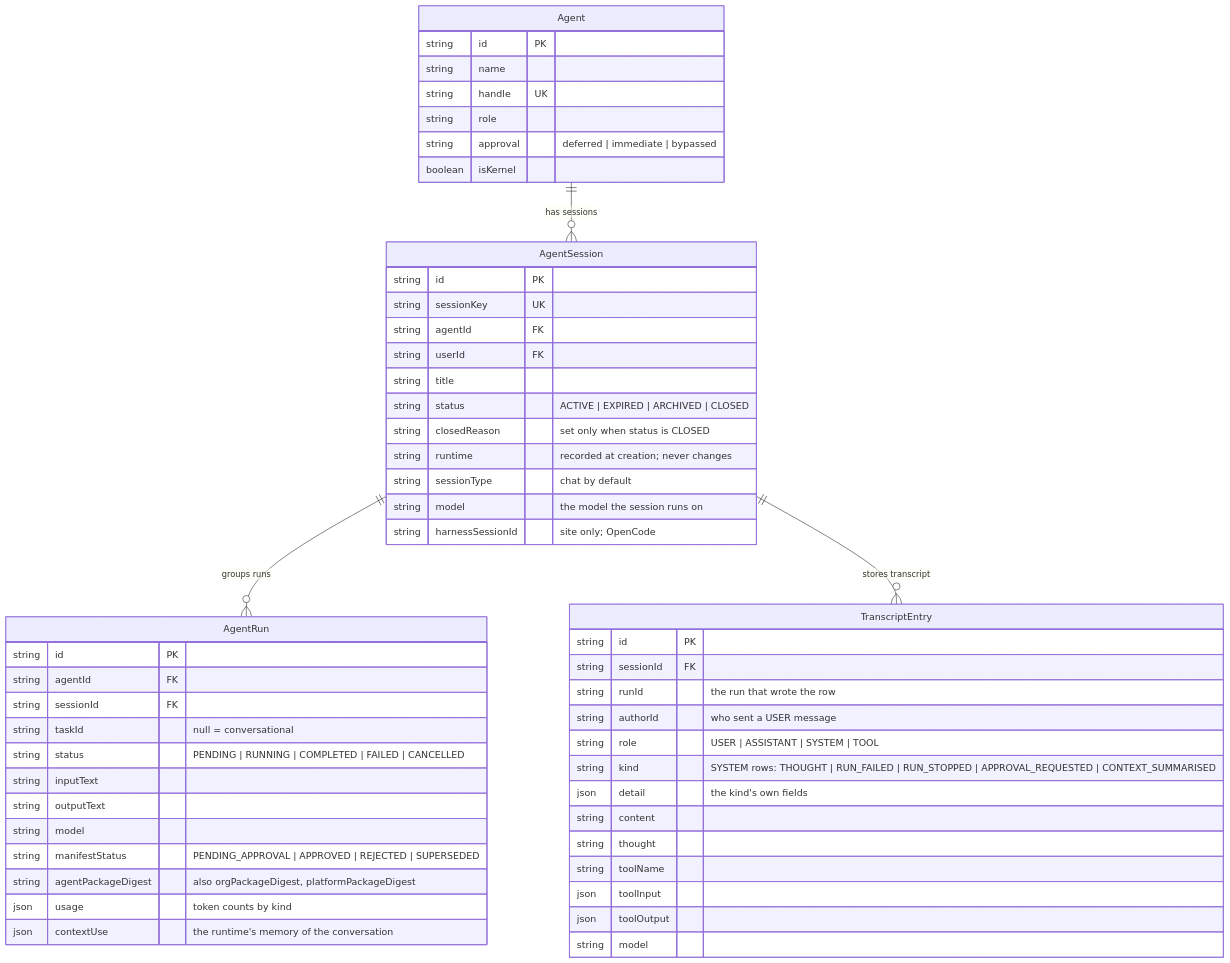
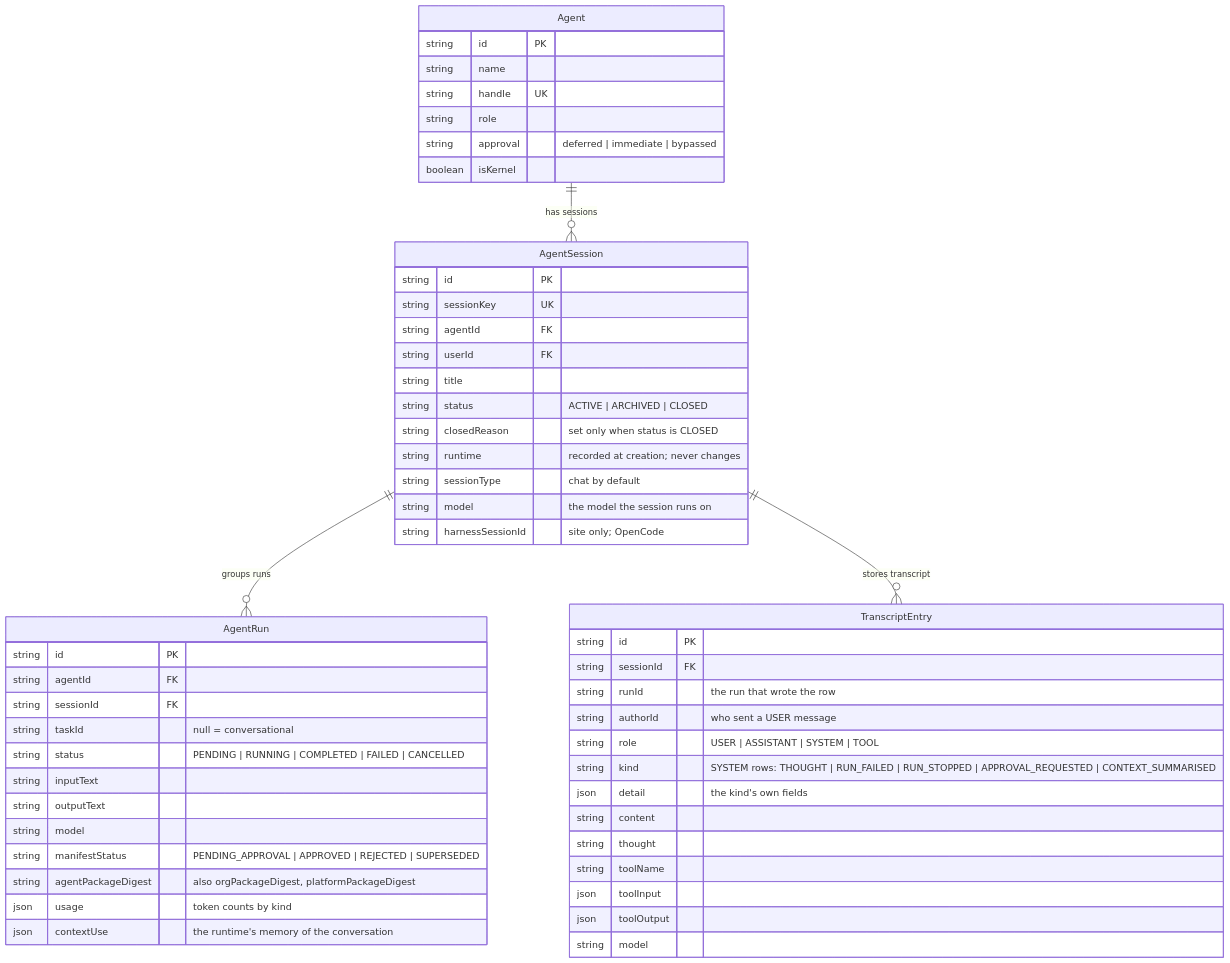
One commit to solution84-com/agenthix changed the diagram in docs/concepts/agents/agent-data-model.md. Above: the diagram before and after it, drawn with Mermaid. The commit also changed other lines of this file and 33 other files, not shown here.

Commit message:
docs: every migration keeps the data from the squash on, and the protocols start at 1.0 — AGENTS.md, the migrations skill, versioning, deployment, the architecture documents and the QA scenarios; ADR-0136 notes the second restart

````diff
--- a/docs/concepts/agents/agent-data-model.md
+++ b/docs/concepts/agents/agent-data-model.md
@@ -9,60 +9,60 @@
 ```mermaid
 erDiagram
     Agent {
         string id PK
         string name
         string handle UK
         string role
         string approval "deferred | immediate | bypassed"
         boolean isKernel
     }
 
     AgentSession {
         string id PK
         string sessionKey UK
         string agentId FK
         string userId FK
         string title
-        string status "ACTIVE | EXPIRED | ARCHIVED | CLOSED"
+        string status "ACTIVE | ARCHIVED | CLOSED"
         string closedReason "set only when status is CLOSED"
         string runtime "recorded at creation; never changes"
         string sessionType "chat by default"
         string model "the model the session runs on"
         string harnessSessionId "site only; OpenCode"
     }
 
     AgentRun {
         string id PK
         string agentId FK
         string sessionId FK
         string taskId "null = conversational"
         string status "PENDING | RUNNING | COMPLETED | FAILED | CANCELLED"
         string inputText
         string outputText
         string model
         string manifestStatus "PENDING_APPROVAL | APPROVED | REJECTED | SUPERSEDED"
         string agentPackageDigest "also orgPackageDigest, platformPackageDigest"
         json usage "token counts by kind"
         json contextUse "the runtime's memory of the conversation"
     }
 
     TranscriptEntry {
         string id PK
         string sessionId FK
         string runId "the run that wrote the row"
         string authorId "who sent a USER message"
         string role "USER | ASSISTANT | SYSTEM | TOOL"
         string kind "SYSTEM rows: THOUGHT | RUN_FAILED | RUN_STOPPED | APPROVAL_REQUESTED | CONTEXT_SUMMARISED"
         json detail "the kind's own fields"
         string content
         string thought
         string toolName
         json toolInput
         json toolOutput
         string model
     }
 
     Agent ||--o{ AgentSession : "has sessions"
     AgentSession ||--o{ AgentRun : "groups runs"
     AgentSession ||--o{ TranscriptEntry : "stores transcript"
 ```
````
